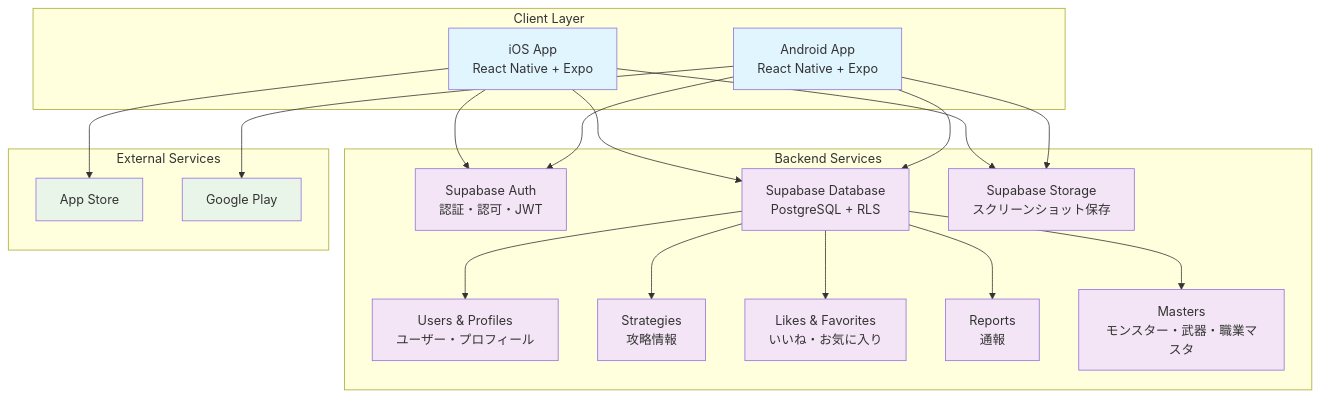
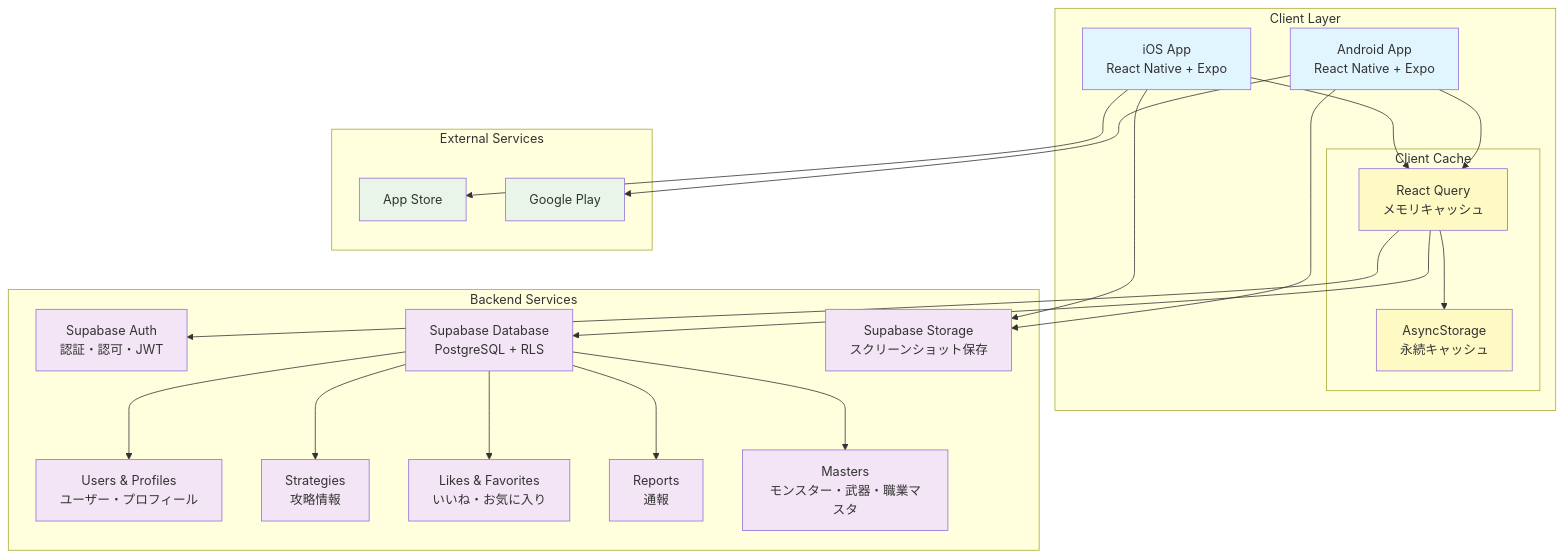
The first of 2 diagrams in documents/2_アーキテクチャ設計書.md (Lighthouse-projects/dqwfuntool_MonsterWalker), drawn with Mermaid before and after one commit. The commit also changed other lines of this file and 3 other files, not shown here.

````diff
--- a/documents/2_アーキテクチャ設計書.md
+++ b/documents/2_アーキテクチャ設計書.md
@@ -25,47 +26,54 @@
 ```mermaid
 graph TB
     subgraph "Client Layer"
         A[iOS App<br/>React Native + Expo]
         B[Android App<br/>React Native + Expo]
+        subgraph "Client Cache"
+            CA[React Query<br/>メモリキャッシュ]
+            CB[AsyncStorage<br/>永続キャッシュ]
+        end
     end
 
     subgraph "Backend Services"
         D[Supabase Auth<br/>認証・認可・JWT]
         E[Supabase Database<br/>PostgreSQL + RLS]
         E1[Users & Profiles<br/>ユーザー・プロフィール]
         E2[Strategies<br/>攻略情報]
         E3[Likes & Favorites<br/>いいね・お気に入り]
         E4[Reports<br/>通報]
         E5[Masters<br/>モンスター・武器・職業マスタ]
         G[Supabase Storage<br/>スクリーンショット保存]
     end
 
     subgraph "External Services"
         L[App Store]
         M[Google Play]
     end
 
-    A --> D
-    B --> D
-    A --> E
-    B --> E
+    A --> CA
+    B --> CA
+    CA --> CB
+    CA --> D
+    CA --> E
     A --> G
     B --> G
 
     E --> E1
     E --> E2
     E --> E3
     E --> E4
     E --> E5
 
     A --> L
     B --> M
 
     classDef client fill:#e1f5fe
     classDef backend fill:#f3e5f5
     classDef external fill:#e8f5e8
+    classDef cache fill:#fff9c4
 
     class A,B client
+    class CA,CB cache
     class D,E,E1,E2,E3,E4,E5,G backend
     class L,M external
 ```
````
